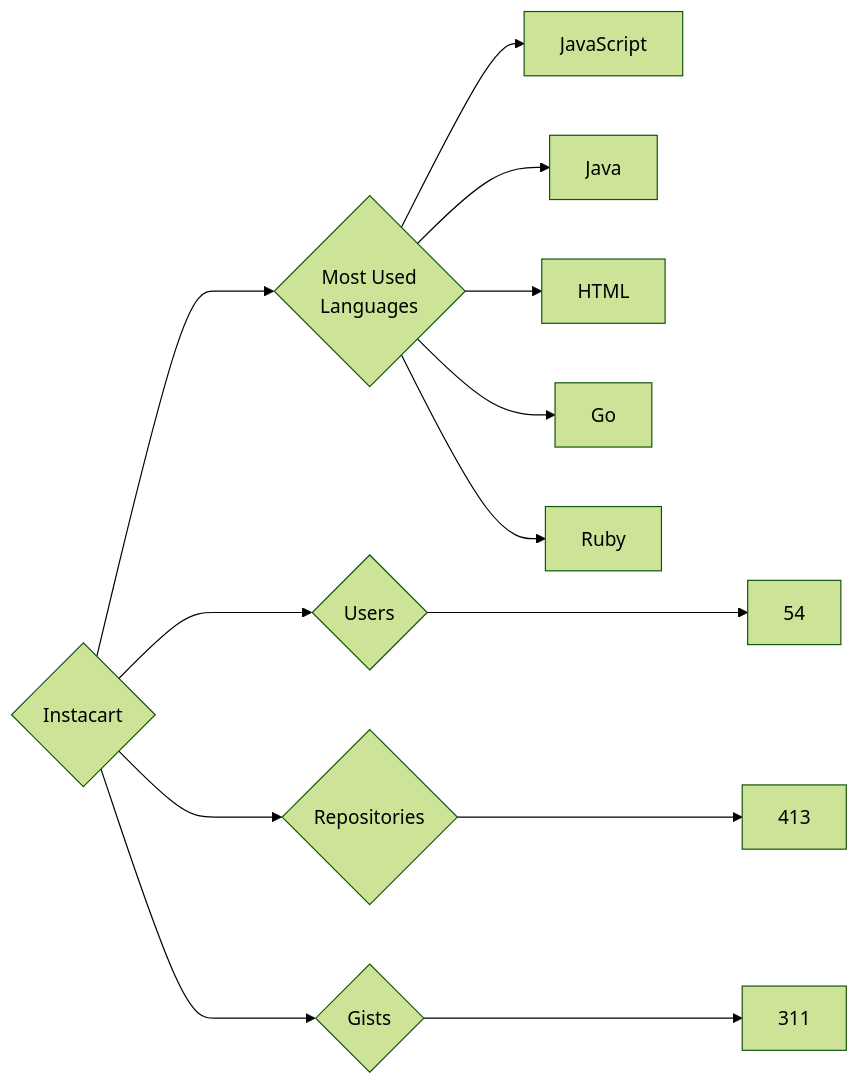
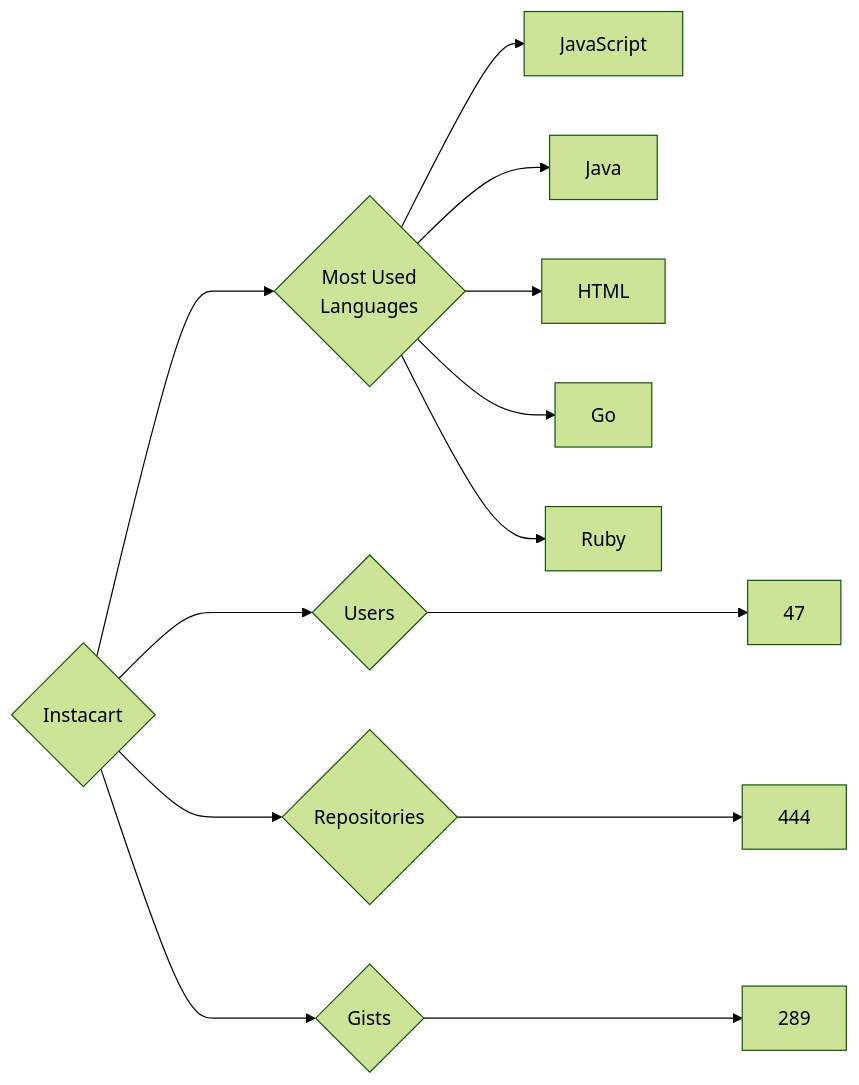
Before and after one commit to trickest/insiders: the diagram in targets/Instacart/README.md, drawn with Mermaid (forest theme). The commit also changed 953 other files, not shown here.

````diff
--- a/targets/Instacart/README.md
+++ b/targets/Instacart/README.md
@@ -3,13 +3,13 @@
 ```mermaid
 graph LR
 COMPANY_NAME{Instacart}
-COMPANY_NAME ---> U{Users} ---> UN[54]
-COMPANY_NAME ---> R{Repositories} ---> RN[413]
-COMPANY_NAME ---> G{Gists} ---> GN[311]
+COMPANY_NAME ---> U{Users} ---> UN[47]
+COMPANY_NAME ---> R{Repositories} ---> RN[444]
+COMPANY_NAME ---> G{Gists} ---> GN[289]
 COMPANY_NAME ---> ML{Most Used<br>Languages}
 ML --> JavaScript[JavaScript]
 ML --> Java[Java]
 ML --> HTML[HTML]
 ML --> Go[Go]
 ML --> Ruby[Ruby]
 ```
````
